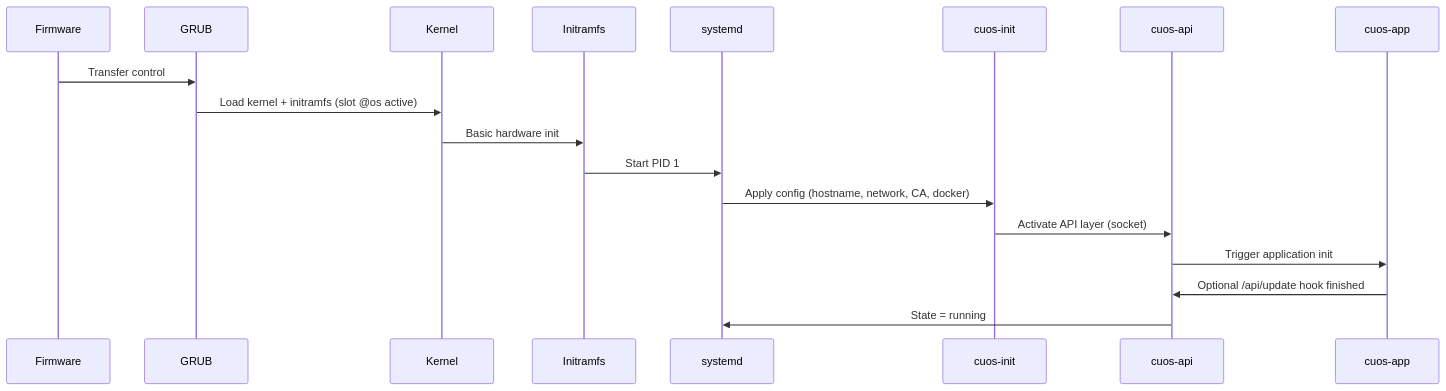
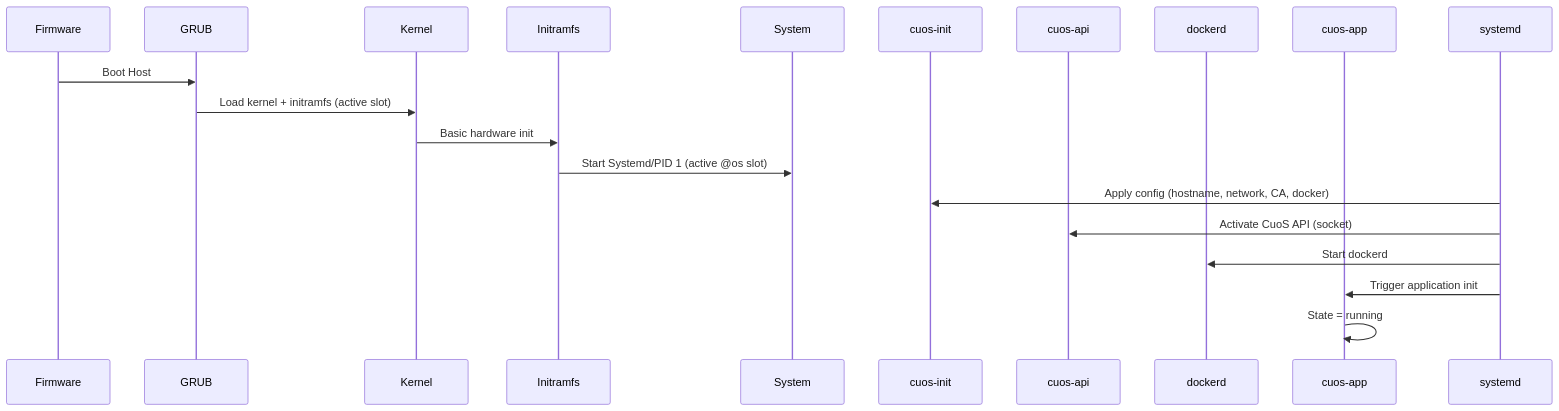
One commit to cuos-dev/cuos changed the first of 2 diagrams in docs/architecture.md. Above: the diagram before and after it, drawn with Mermaid. The commit also changed 2 other files, not shown here.

Commit message:
doc: Small enhancements

````diff
--- a/docs/architecture.md
+++ b/docs/architecture.md
@@ -46,21 +46,22 @@
 ```mermaid
 sequenceDiagram
   participant FW as Firmware
   participant GRUB
   participant Kernel
   participant Initramfs
-  participant systemd
+  participant System
   participant cuosInit as cuos-init
   participant cuosApi as cuos-api
+  participant DockerD as dockerd
   participant cuosApp as cuos-app
 
-  FW->>GRUB: Transfer control
-  GRUB->>Kernel: Load kernel + initramfs (slot @os active)
+  FW->>GRUB: Boot Host
+  GRUB->>Kernel: Load kernel + initramfs (active slot)
   Kernel->>Initramfs: Basic hardware init
-  Initramfs->>systemd: Start PID 1
+  Initramfs->>System: Start Systemd/PID 1 (active @os slot)
   systemd->>cuosInit: Apply config (hostname, network, CA, docker)
-  cuosInit->>cuosApi: Activate API layer (socket)
-  cuosApi->>cuosApp: Trigger application init
-  cuosApp->>cuosApi: Optional /api/update hook finished
-  cuosApi->>systemd: State = running
+  systemd->>cuosApi: Activate CuoS API (socket)
+  systemd->>DockerD: Start dockerd
+  systemd->>cuosApp: Trigger application init
+  cuosApp->>cuosApp: State = running
 ```
````
